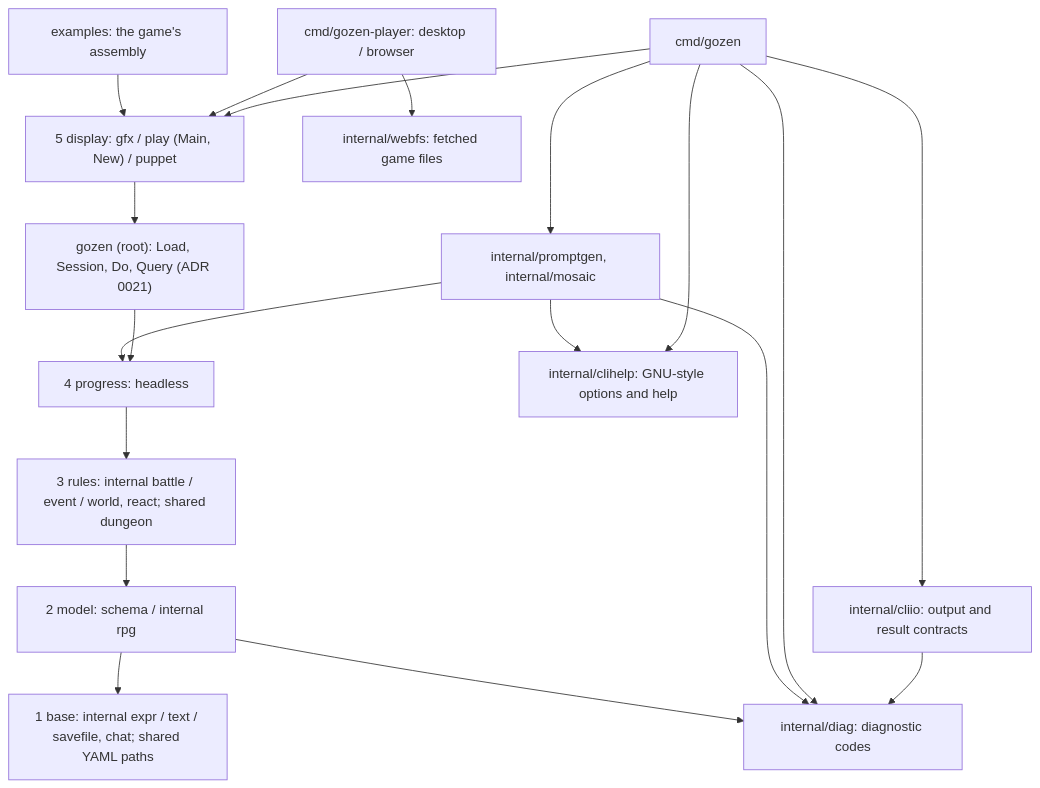
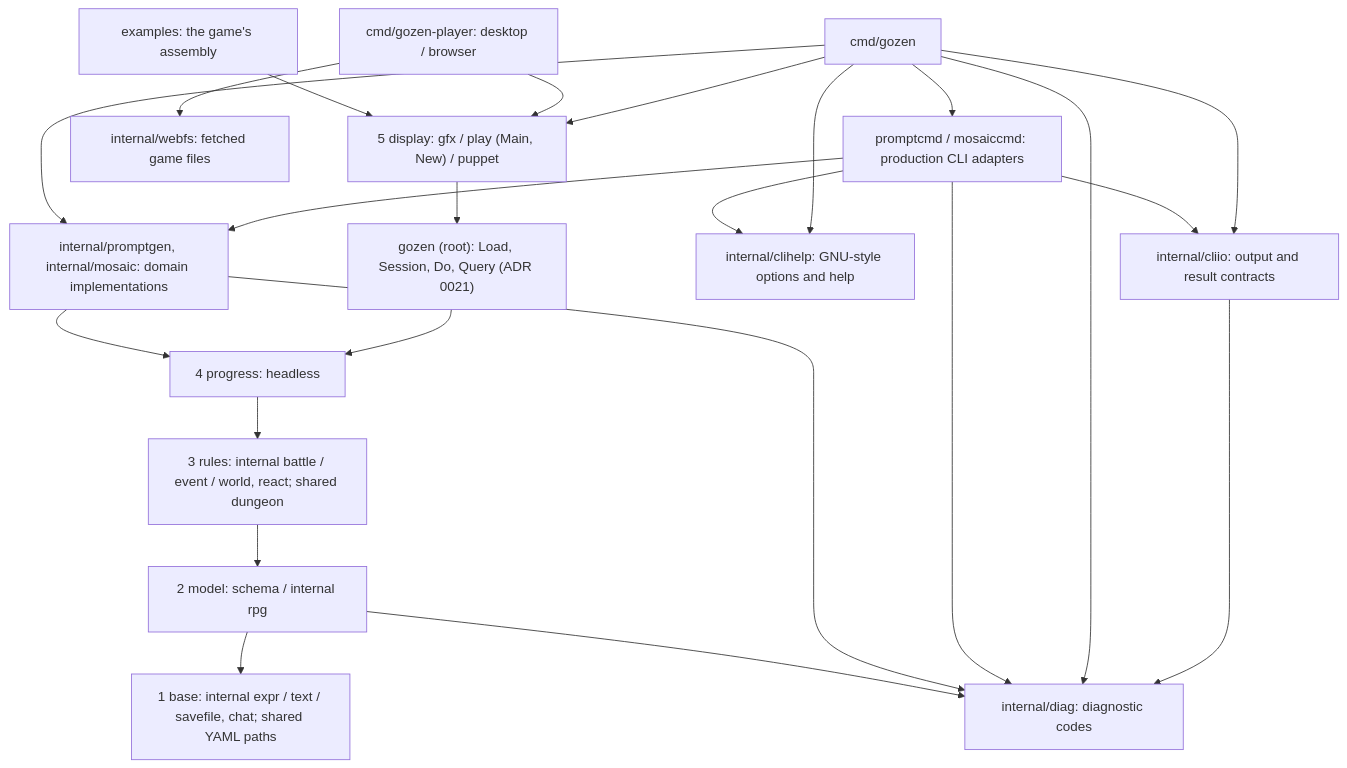
One commit to nao1215/gozen changed the diagram in docs/architecture/overview.md. Above: the diagram before and after it, drawn with Mermaid. The commit also changed other lines of this file and 10 other files, not shown here.

````diff
--- a/docs/architecture/overview.md
+++ b/docs/architecture/overview.md
@@ -13,22 +13,26 @@
 ```mermaid
 flowchart TB
   L5["5 display: gfx / play (Main, New) / puppet"]
   L5 --> R["gozen (root): Load, Session, Do, Query (ADR 0021)"]
   R --> L4["4 progress: headless"]
   L4 --> L3["3 rules: internal battle / event / world, react; shared dungeon"]
   L3 --> L2["2 model: schema / internal rpg"]
   L2 --> L1["1 base: internal expr / text / savefile, chat; shared YAML paths"]
   CLI["cmd/gozen"] --> L5
   Player["cmd/gozen-player: desktop / browser"] --> L5
   Player --> WebFS["internal/webfs: fetched game files"]
-  CLI --> Private["internal/promptgen, internal/mosaic"]
+  CLI --> Production["promptcmd / mosaiccmd: production CLI adapters"]
+  Production --> Private["internal/promptgen, internal/mosaic: domain implementations"]
+  CLI --> Private
   Private --> L4
   CLI --> Help["internal/clihelp: GNU-style options and help"]
-  Private --> Help
+  Production --> Help
   CLI --> Output["internal/cliio: output and result contracts"]
+  Production --> Output
   Output --> Diag
   CLI --> Diag["internal/diag: diagnostic codes"]
+  Production --> Diag
   Private --> Diag
   L2 --> Diag
   Example["examples: the game's assembly"] --> L5
 ```
````
